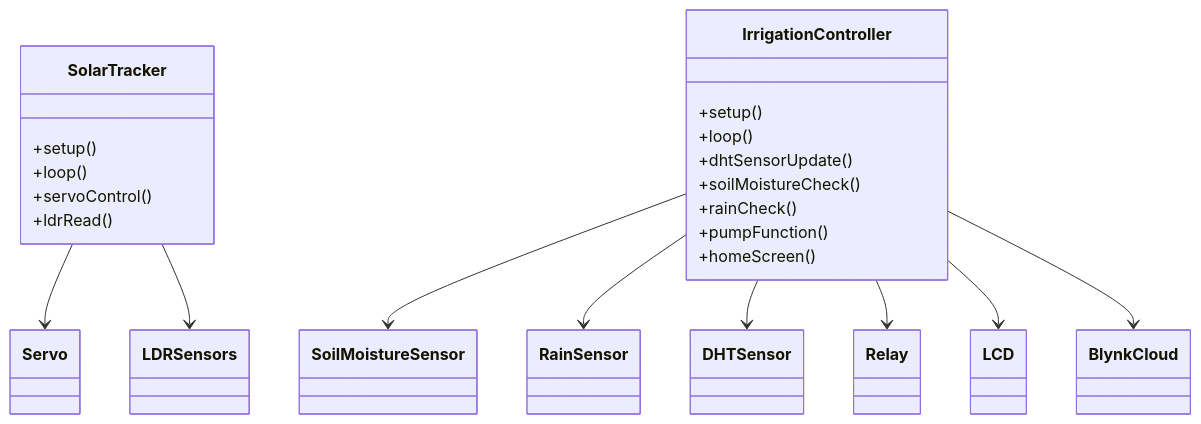
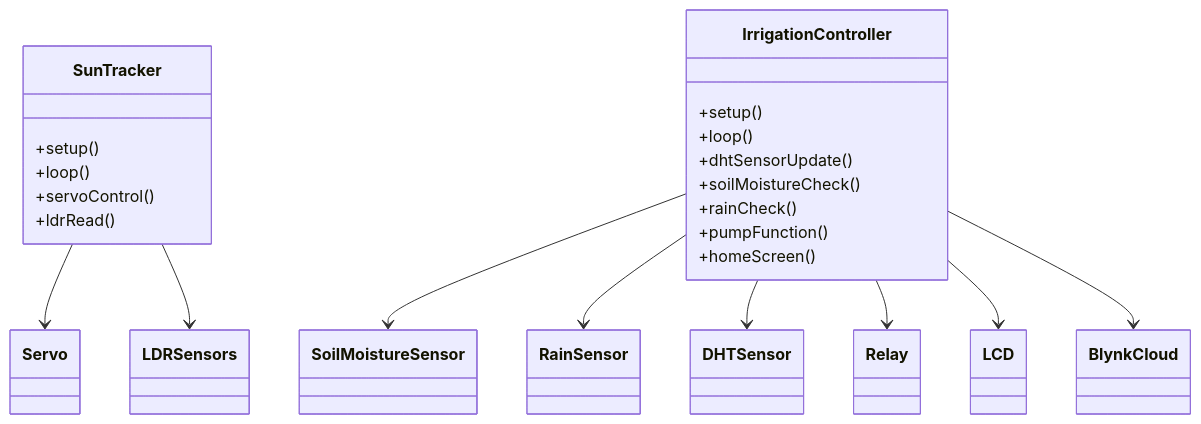
The first of 3 diagrams in README.md (mr-virk/ReSTIC), drawn with Mermaid before and after one commit. The commit also changed other lines of this file, not shown here.

````diff
--- a/README.md
+++ b/README.md
@@ -38,26 +39,26 @@
 ```mermaid
 classDiagram
-class SolarTracker {
+class SunTracker {
 +setup()
 +loop()
 +servoControl()
 +ldrRead()
 }
 class IrrigationController {
 +setup()
 +loop()
 +dhtSensorUpdate()
 +soilMoistureCheck()
 +rainCheck()
 +pumpFunction()
 +homeScreen()
 }
-SolarTracker --> Servo
-SolarTracker --> LDRSensors
+SunTracker --> Servo
+SunTracker --> LDRSensors
 IrrigationController --> SoilMoistureSensor
 IrrigationController --> RainSensor
 IrrigationController --> DHTSensor
 IrrigationController --> Relay
 IrrigationController --> LCD
 IrrigationController --> BlynkCloud
 ```
````
